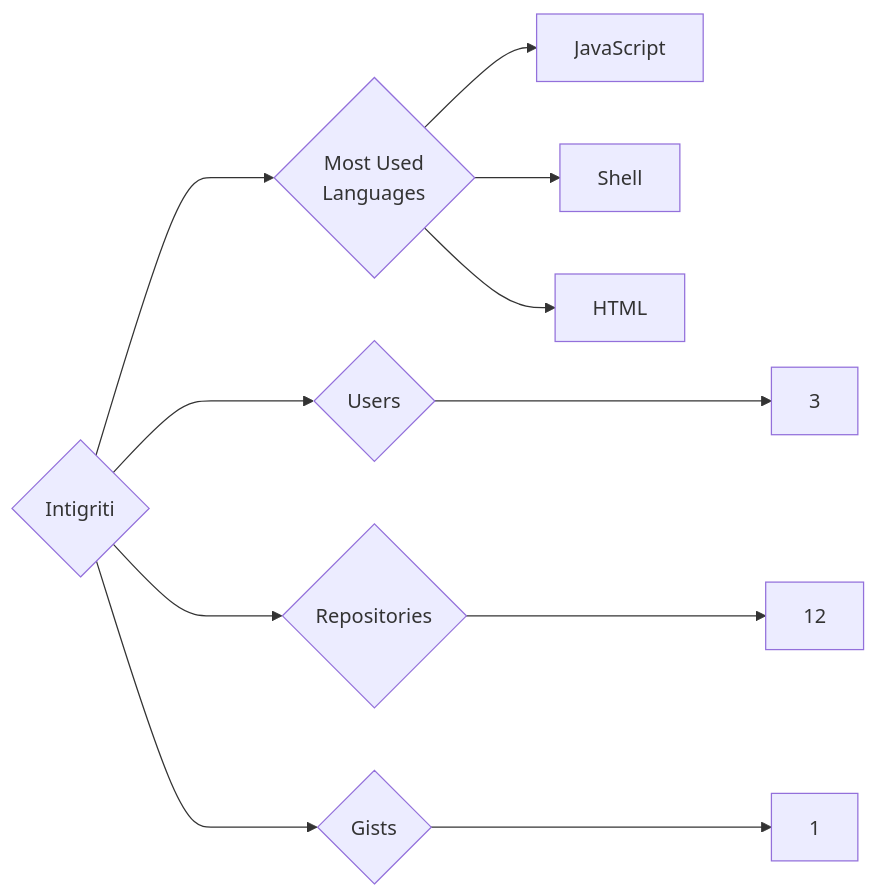
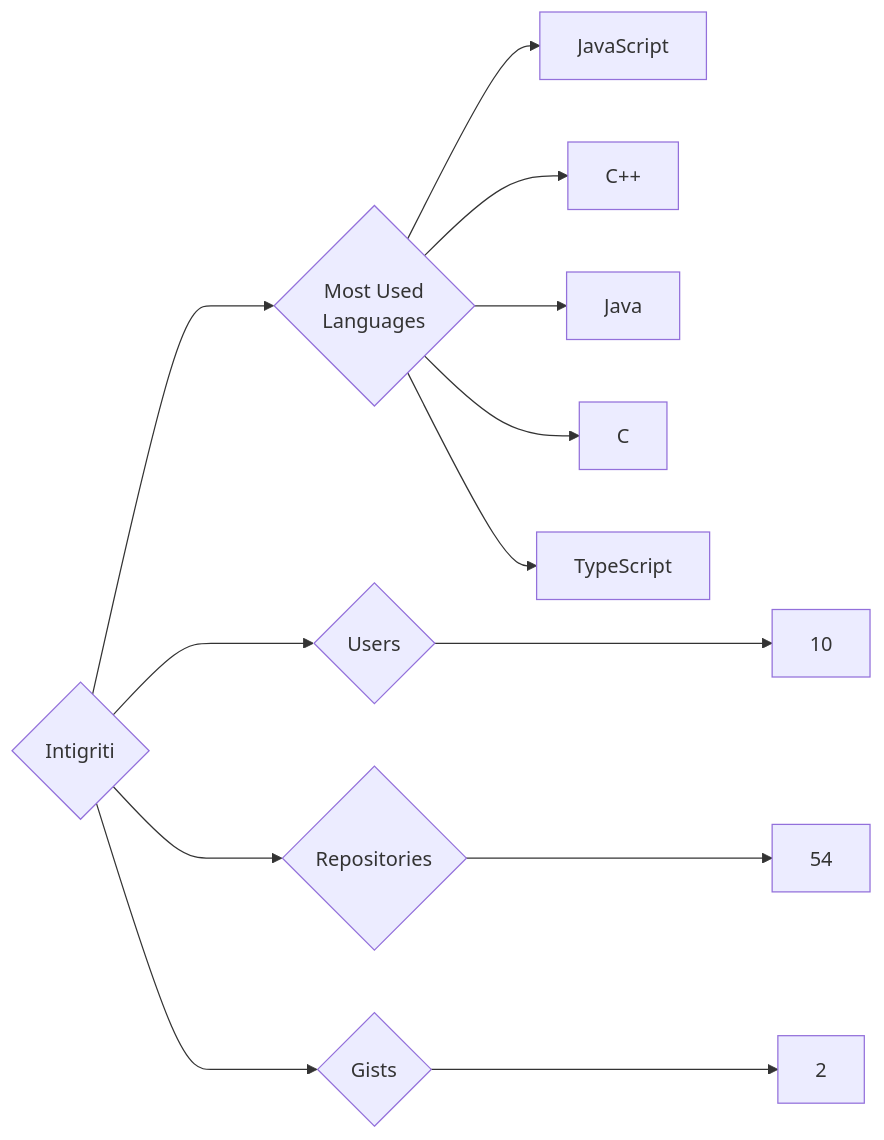
One commit to trickest/insiders changed the diagram in targets/Intigriti/README.md. Above: the diagram before and after it, drawn with Mermaid. The commit also changed 809 other files, not shown here.

````diff
--- a/targets/Intigriti/README.md
+++ b/targets/Intigriti/README.md
@@ -3,11 +3,13 @@
 ```mermaid
 graph LR
 COMPANY_NAME{Intigriti}
-COMPANY_NAME ---> U{Users} ---> UN[3]
-COMPANY_NAME ---> R{Repositories} ---> RN[12]
-COMPANY_NAME ---> G{Gists} ---> GN[1]
+COMPANY_NAME ---> U{Users} ---> UN[10]
+COMPANY_NAME ---> R{Repositories} ---> RN[54]
+COMPANY_NAME ---> G{Gists} ---> GN[2]
 COMPANY_NAME ---> ML{Most Used<br>Languages}
 ML --> JavaScript[JavaScript]
-ML --> Shell[Shell]
-ML --> HTML[HTML]
+ML --> C++[C++]
+ML --> Java[Java]
+ML --> C[C]
+ML --> TypeScript[TypeScript]
 ```
````
